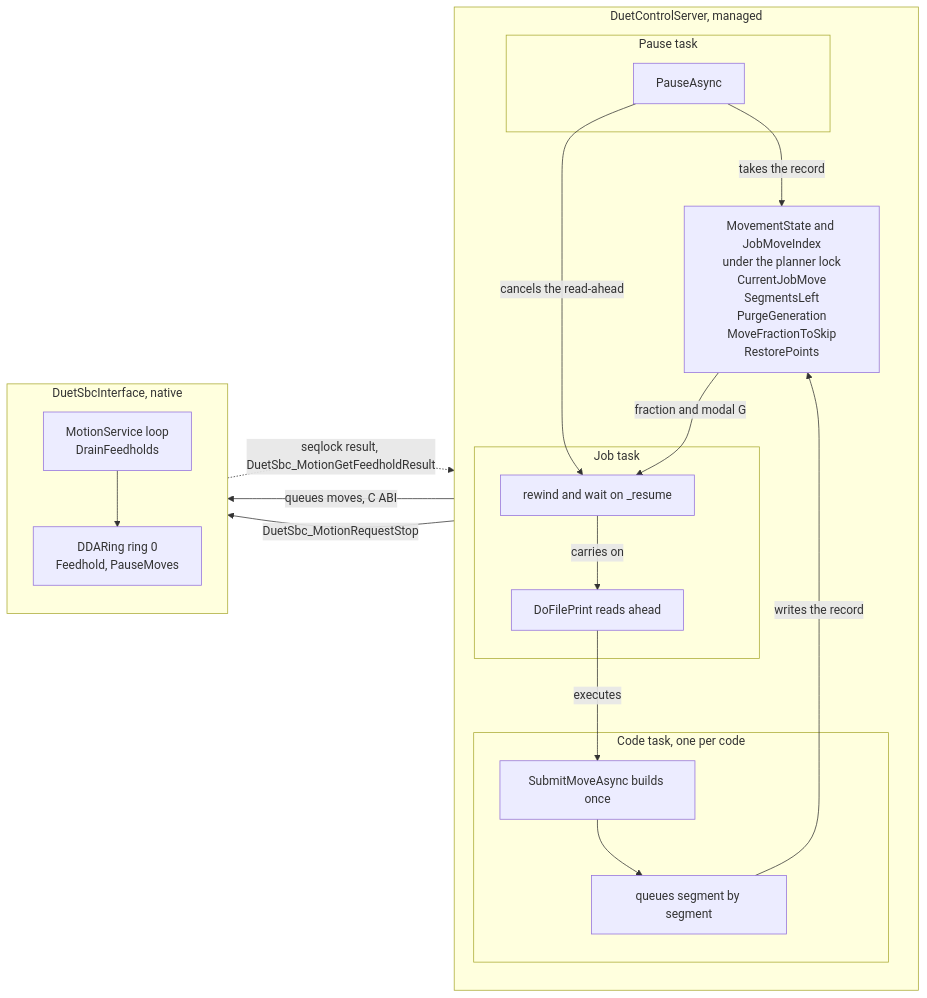
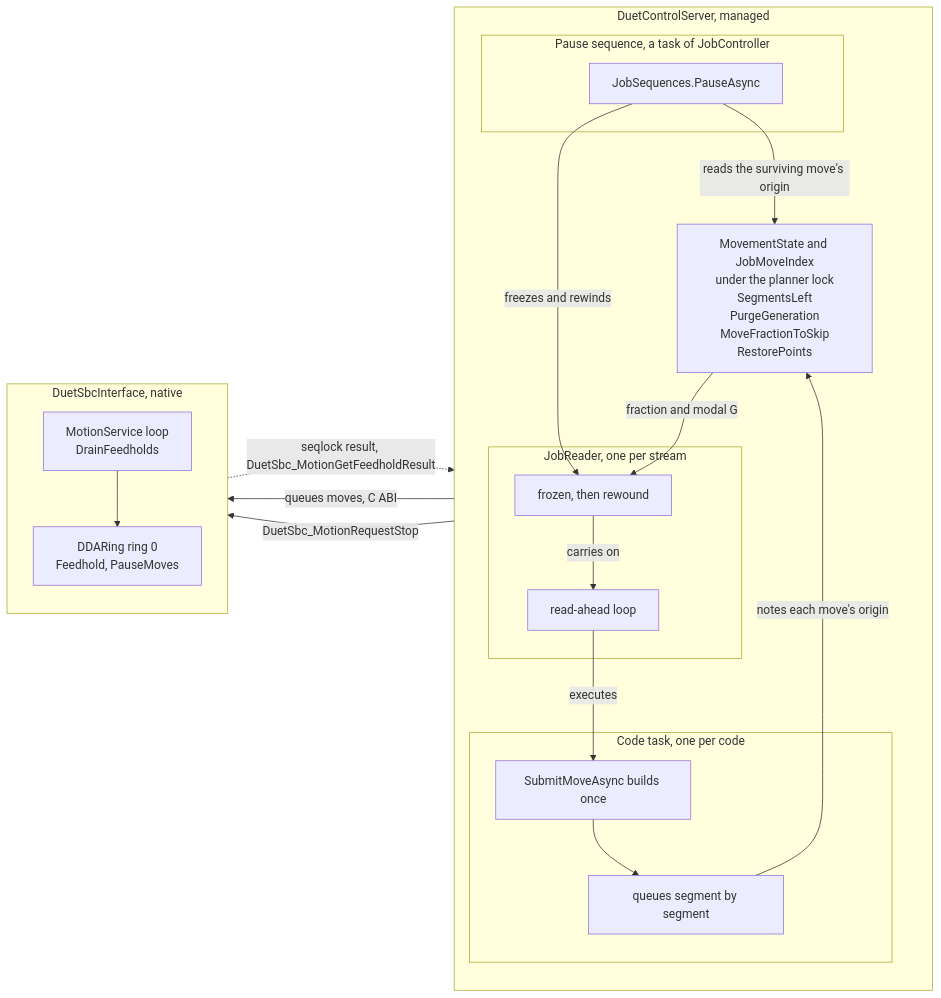
One commit to Duet3D/DuetSoftwareFramework changed the first of 5 diagrams in src/Documentation/articles/pause-and-resume.md. Above: the diagram before and after it, drawn with Mermaid. The commit also changed other lines of this file and 29 other files, not shown here.

````diff
--- a/src/Documentation/articles/pause-and-resume.md
+++ b/src/Documentation/articles/pause-and-resume.md
@@ -31,35 +31,35 @@
 ```mermaid
 flowchart LR
     subgraph DCS["DuetControlServer, managed"]
         direction TB
-        subgraph JOB["Job task"]
-            J1["DoFilePrint reads ahead"]
-            J2["rewind and wait on _resume"]
+        subgraph JOB["JobReader, one per stream"]
+            J1["read-ahead loop"]
+            J2["frozen, then rewound"]
         end
         subgraph CODE["Code task, one per code"]
             C1["SubmitMoveAsync builds once"]
             C2["queues segment by segment"]
         end
-        subgraph PAUSE["Pause task"]
-            P1["PauseAsync"]
+        subgraph PAUSE["Pause sequence, a task of JobController"]
+            P1["JobSequences.PauseAsync"]
         end
-        ST["MovementState and JobMoveIndex<br/>under the planner lock<br/>CurrentJobMove<br/>SegmentsLeft<br/>PurgeGeneration<br/>MoveFractionToSkip<br/>RestorePoints"]
+        ST["MovementState and JobMoveIndex<br/>under the planner lock<br/>SegmentsLeft<br/>PurgeGeneration<br/>MoveFractionToSkip<br/>RestorePoints"]
     end
     subgraph SBCI["DuetSbcInterface, native"]
         direction TB
         N1["MotionService loop<br/>DrainFeedholds"]
         N2["DDARing ring 0<br/>Feedhold, PauseMoves"]
     end
 
     J1 -- executes --> C1
     C1 --> C2
-    C2 -- writes the record --> ST
+    C2 -- notes each move's origin --> ST
     C2 -- queues moves, C ABI --> N2
     P1 -- DuetSbc_MotionRequestStop --> N1
     N1 --> N2
     N2 -. seqlock result, DuetSbc_MotionGetFeedholdResult .-> P1
-    P1 -- takes the record --> ST
-    P1 -- cancels the read-ahead --> J2
+    P1 -- reads the surviving move's origin --> ST
+    P1 -- freezes and rewinds --> J2
     ST -- fraction and modal G --> J2
     J2 -- carries on --> J1
 ```
````
